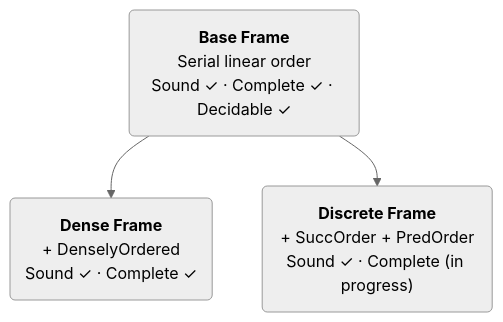
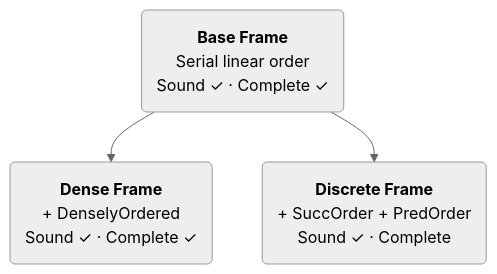
One commit to benbrastmckie/BimodalLogic changed the diagram in README.md. Above: the diagram before and after it, drawn with Mermaid (neutral theme).

````diff
--- a/README.md
+++ b/README.md
@@ -120,9 +120,9 @@
 ```mermaid
 graph TD
-    B("<b>Base Frame</b><br/>Serial linear order<br/>Sound ✓ · Complete ✓ · Decidable ✓")
+    B("<b>Base Frame</b><br/>Serial linear order<br/>Sound ✓ · Complete ✓")
     D("<b>Dense Frame</b><br/>+ DenselyOrdered<br/>Sound ✓ · Complete ✓")
-    Z("<b>Discrete Frame</b><br/>+ SuccOrder + PredOrder<br/>Sound ✓ · Complete (in progress)")
+    Z("<b>Discrete Frame</b><br/>+ SuccOrder + PredOrder<br/>Sound ✓ · Complete")
 
     B --> D
     B --> Z
 ```
````
